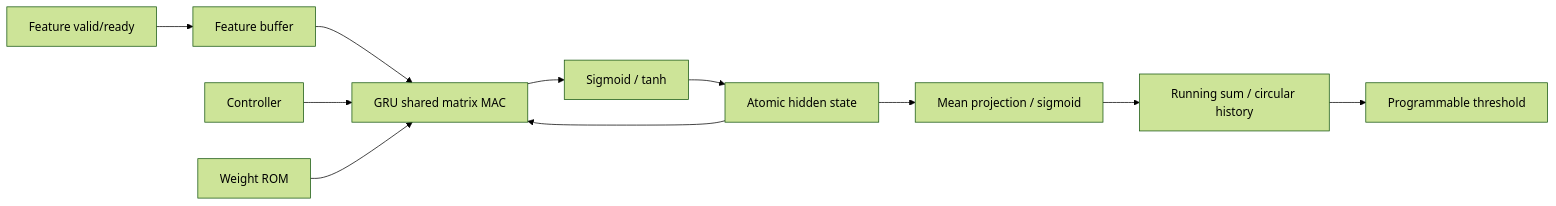
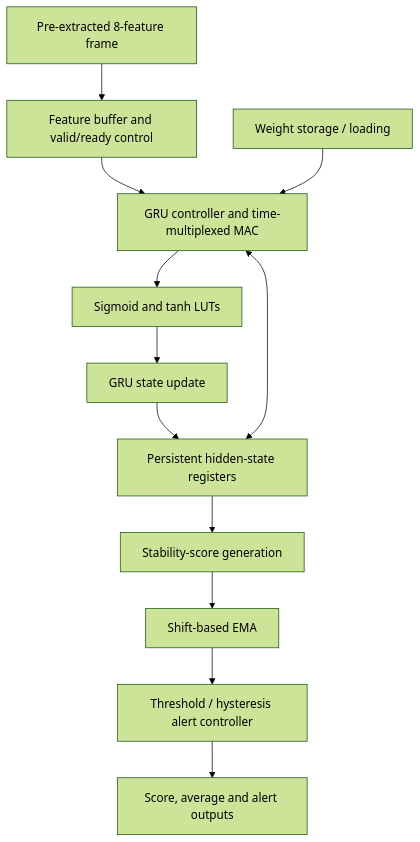
The diagram in README.md (gokhss/rnn-voice-stability-asic), drawn with Mermaid (forest theme) before and after one commit. The commit also changed other lines of this file, not shown here.

````diff
--- a/README.md
+++ b/README.md
@@ -48,13 +37,14 @@
 ```mermaid
-flowchart LR
-  IN[Feature valid/ready] --> FB[Feature buffer]
-  FB --> GRU[GRU shared matrix MAC]
-  CTRL[Controller] --> GRU
-  ROM[Weight ROM] --> GRU
-  GRU --> ACT[Sigmoid / tanh]
-  ACT --> HS[Atomic hidden state]
-  HS --> GRU
-  HS --> SC[Mean projection / sigmoid]
-  SC --> AVG[Running sum / circular history]
-  AVG --> ALERT[Programmable threshold]
+flowchart TD
+    A[Pre-extracted 8-feature frame] --> B[Feature buffer and valid/ready control]
+    B --> C[GRU controller and time-multiplexed MAC]
+    W[Weight storage / loading] --> C
+    H[Persistent hidden-state registers] <--> C
+    C --> D[Sigmoid and tanh LUTs]
+    D --> E[GRU state update]
+    E --> H
+    H --> F[Stability-score generation]
+    F --> G[Shift-based EMA]
+    G --> I[Threshold / hysteresis alert controller]
+    I --> J[Score, average and alert outputs]
 ```
````
